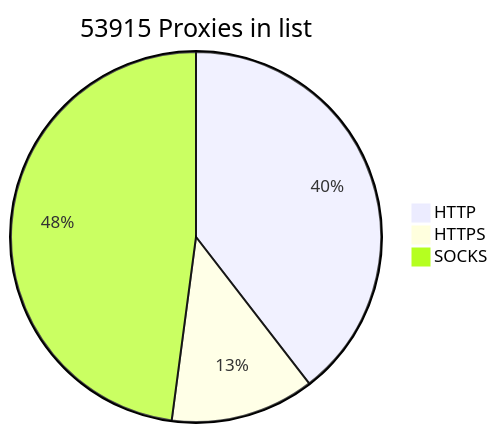
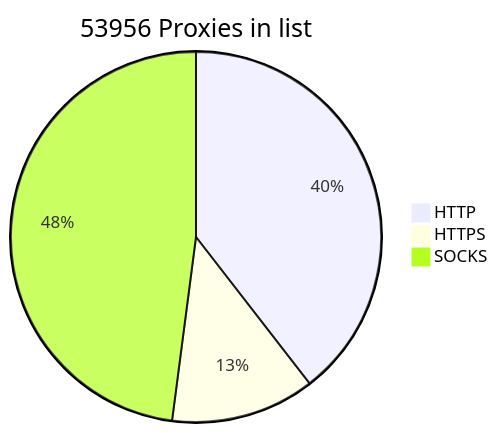
The diagram in README.md (BlackSnowDot/proxylist-update-every-minute), drawn with Mermaid before and after one commit.

````diff
--- a/README.md
+++ b/README.md
@@ -2,6 +2,6 @@
 ```mermaid
-pie title 53915 Proxies in list
+pie title 53956 Proxies in list
     "HTTP" : 23854
-    "HTTPS": 7583
-    "SOCKS" : 28905
+    "HTTPS": 7584
+    "SOCKS" : 28945
 ```
````
